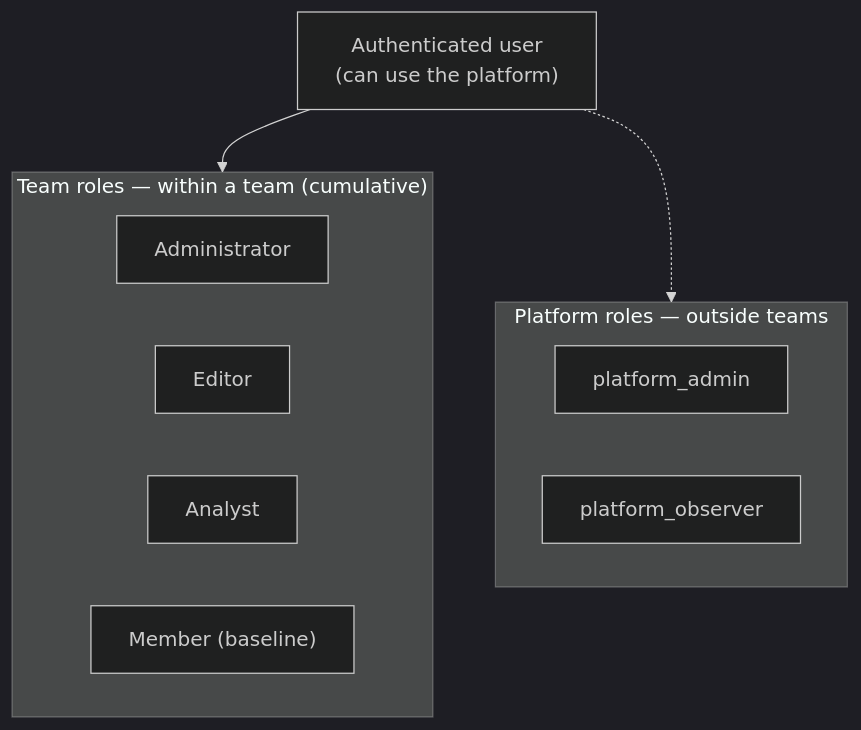
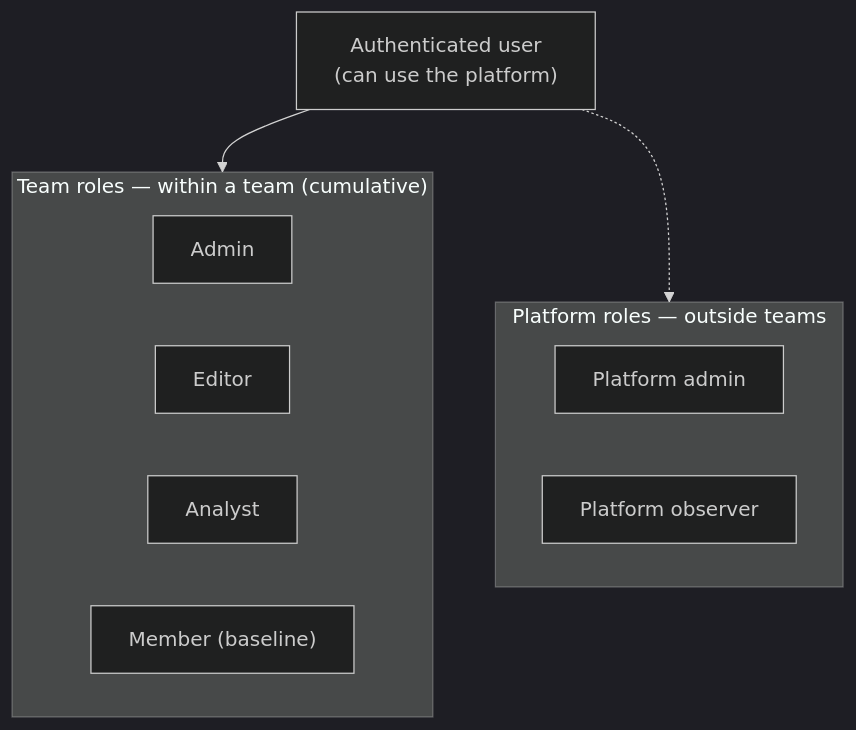
One commit to ThalesGroup/fred changed the diagram in apps/frontend/src/rework/features/helpCenter/content/en/features/roles.md. Above: the diagram before and after it, drawn with Mermaid (dark theme). The commit also changed other lines of this file and 17 other files, not shown here.

````diff
--- a/apps/frontend/src/rework/features/helpCenter/content/en/features/roles.md
+++ b/apps/frontend/src/rework/features/helpCenter/content/en/features/roles.md
@@ -20,19 +20,19 @@
 ```mermaid
 flowchart TB
   U["Authenticated user<br/>(can use the platform)"]
 
   subgraph platform["Platform roles — outside teams"]
-    PA["platform_admin"]
-    PO["platform_observer"]
+    PA["Platform admin"]
+    PO["Platform observer"]
   end
 
   subgraph team["Team roles — within a team (cumulative)"]
-    TA["Administrator"]
+    TA["Admin"]
     TE["Editor"]
     TAN["Analyst"]
     TM["Member (baseline)"]
   end
 
   U --> team
   U -.-> platform
 ```
````
